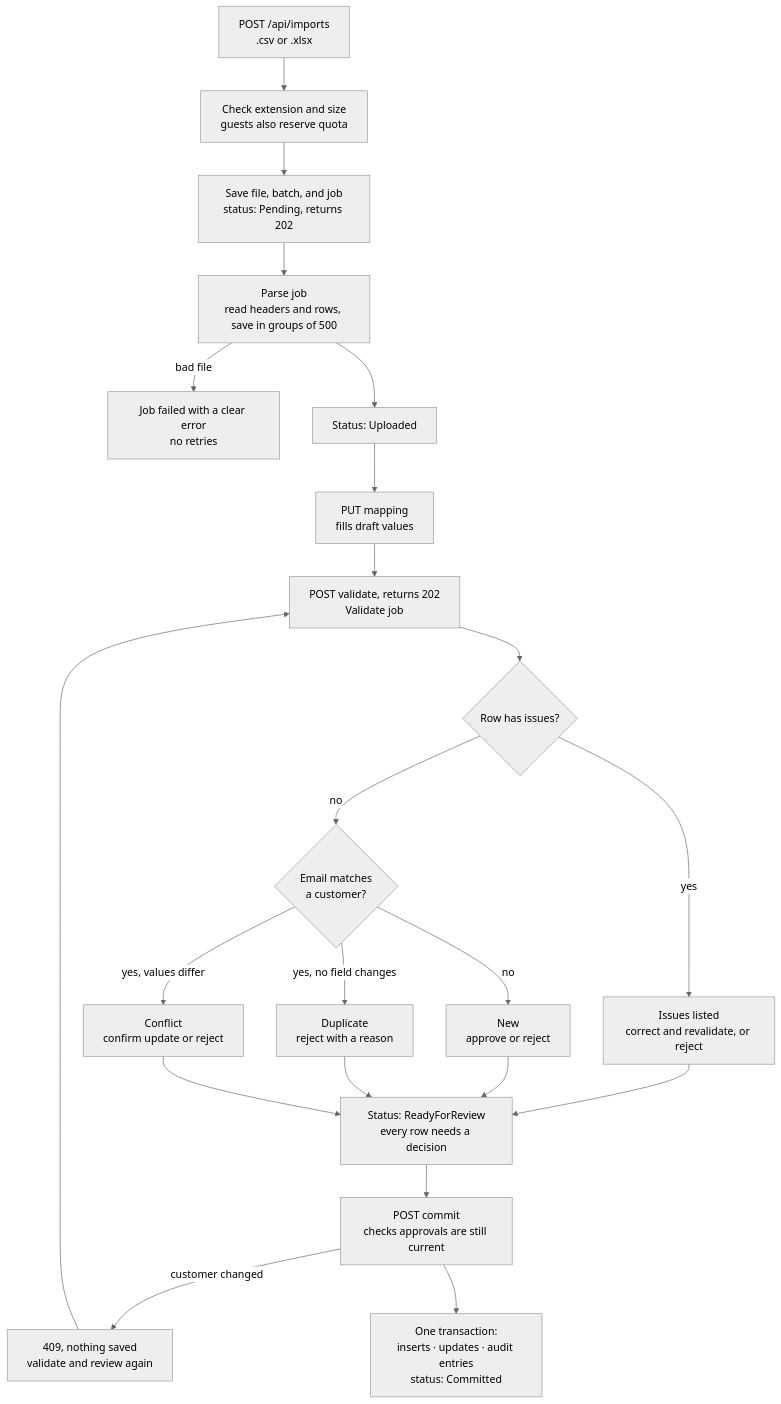
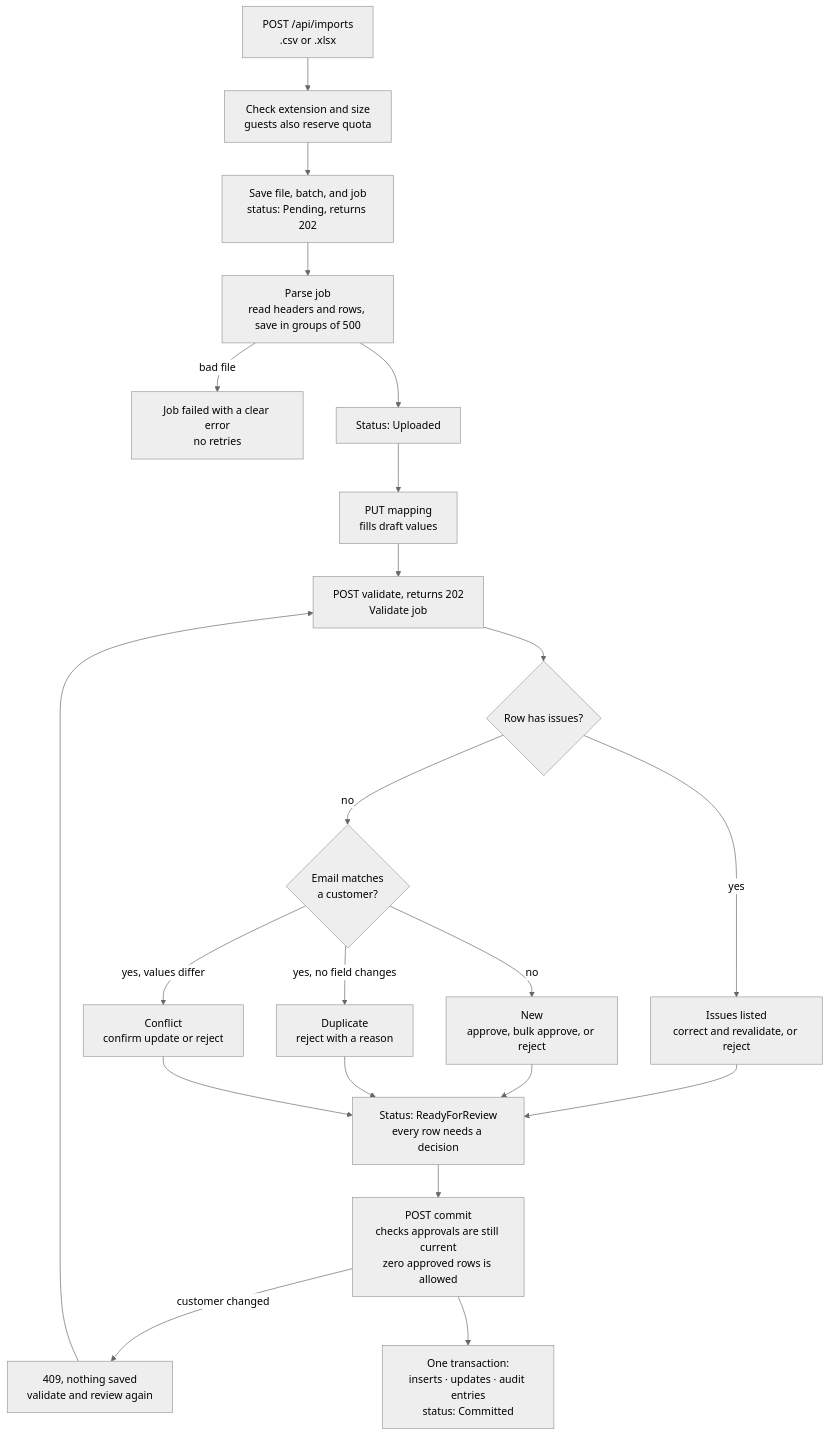
The second of 4 diagrams in README.md (AhmedKamal-41/DataBridge), drawn with Mermaid (neutral theme) before and after one commit. The commit also changed other lines of this file and 58 other files, not shown here.

````diff
--- a/README.md
+++ b/README.md
@@ -199,24 +216,24 @@
 ```mermaid
 flowchart TD
     A["POST /api/imports<br/>.csv or .xlsx"] --> B["Check extension and size<br/>guests also reserve quota"]
     B --> C["Save file, batch, and job<br/>status: Pending, returns 202"]
     C --> D["Parse job<br/>read headers and rows, save in groups of 500"]
     D -->|"bad file"| X["Job failed with a clear error<br/>no retries"]
     D --> E["Status: Uploaded"]
     E --> F["PUT mapping<br/>fills draft values"]
     F --> G["POST validate, returns 202<br/>Validate job"]
     G --> H{"Row has issues?"}
     H -->|"yes"| I["Issues listed<br/>correct and revalidate, or reject"]
     H -->|"no"| J{"Email matches<br/>a customer?"}
-    J -->|"no"| K["New<br/>approve or reject"]
+    J -->|"no"| K["New<br/>approve, bulk approve, or reject"]
     J -->|"yes, no field changes"| L["Duplicate<br/>reject with a reason"]
     J -->|"yes, values differ"| M["Conflict<br/>confirm update or reject"]
     I --> N["Status: ReadyForReview<br/>every row needs a decision"]
     K --> N
     L --> N
     M --> N
-    N --> O["POST commit<br/>checks approvals are still current"]
+    N --> O["POST commit<br/>checks approvals are still current<br/>zero approved rows is allowed"]
     O -->|"customer changed"| P["409, nothing saved<br/>validate and review again"]
     P --> G
     O --> Q["One transaction:<br/>inserts · updates · audit entries<br/>status: Committed"]
 ```
````
